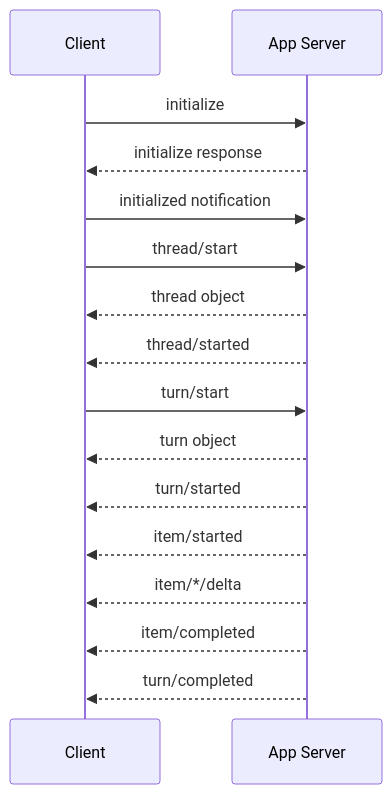
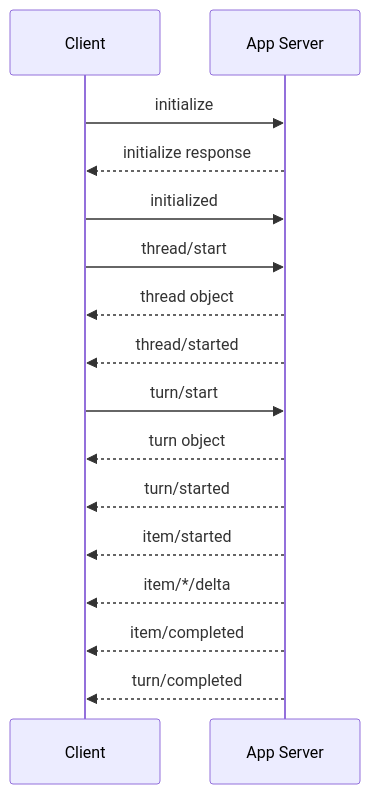
The sixth of 10 diagrams in docs/foundations/thread-turn-item.md (indigofeather/harness-book), drawn with Mermaid before and after one commit. The commit also changed other lines of this file, not shown here.

Commit message:
docs: explain thread turn item with layered diagrams

````diff
--- a/docs/foundations/thread-turn-item.md
+++ b/docs/foundations/thread-turn-item.md
@@ -57,18 +210,23 @@
 ```mermaid
 sequenceDiagram
   participant C as Client
   participant A as App Server
+
   C->>A: initialize
   A-->>C: initialize response
-  C->>A: initialized notification
+  C->>A: initialized
+
   C->>A: thread/start
   A-->>C: thread object
   A-->>C: thread/started
+
   C->>A: turn/start
   A-->>C: turn object
   A-->>C: turn/started
+
   A-->>C: item/started
   A-->>C: item/*/delta
   A-->>C: item/completed
+
   A-->>C: turn/completed
 ```
````
